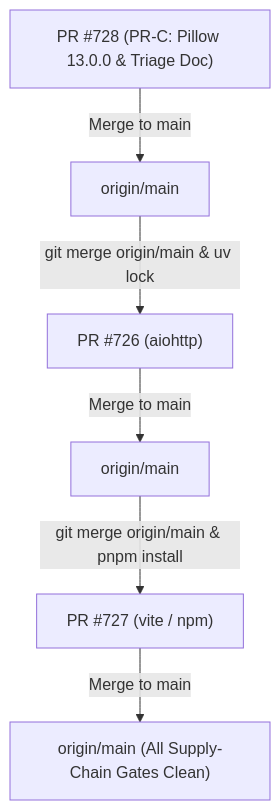
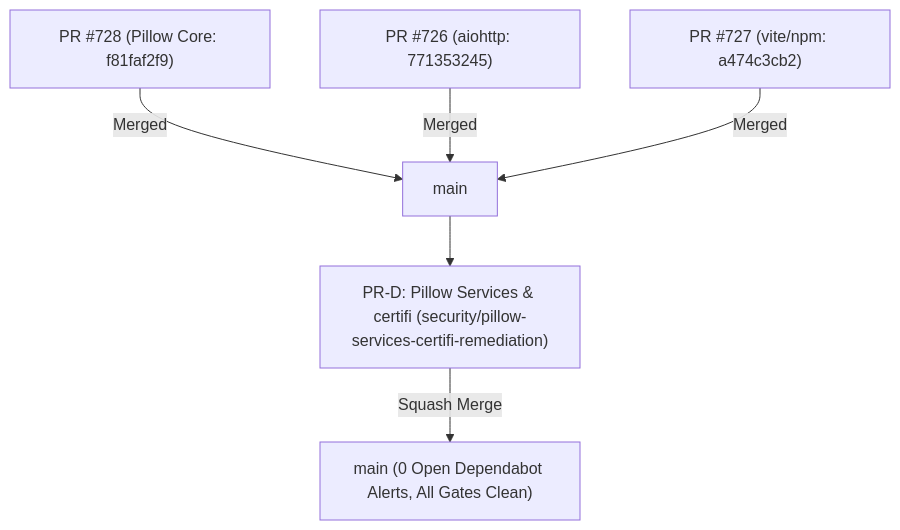
One commit to ahmdelbaz28-ux/ETAP-AI-WORK- changed the diagram in docs/security/SUPPLY-CHAIN-VULNERABILITY-TRIAGE-2026-10-21.md. Above: the diagram before and after it, drawn with Mermaid. The commit also changed other lines of this file and 4 other files, not shown here.

Commit message:
security(deps): remediate auxiliary services Pillow (23 alerts) and certifi (GHSA-6q48-6c7w-9gw2)

````diff
--- a/docs/security/SUPPLY-CHAIN-VULNERABILITY-TRIAGE-2026-10-21.md
+++ b/docs/security/SUPPLY-CHAIN-VULNERABILITY-TRIAGE-2026-10-21.md
@@ -122,8 +142,8 @@
 ```mermaid
 graph TD
-    A["PR #728 (PR-C: Pillow 13.0.0 & Triage Doc)"] -->|Merge to main| B["origin/main"]
-    B -->|git merge origin/main & uv lock| C["PR #726 (aiohttp)"]
-    C -->|Merge to main| D["origin/main"]
-    D -->|git merge origin/main & pnpm install| E["PR #727 (vite / npm)"]
-    E -->|Merge to main| F["origin/main (All Supply-Chain Gates Clean)"]
+    A["PR #728 (Pillow Core: f81faf2f9)"] -->|Merged| M["main"]
+    B["PR #726 (aiohttp: 771353245)"] -->|Merged| M
+    C["PR #727 (vite/npm: a474c3cb2)"] -->|Merged| M
+    M --> D["PR-D: Pillow Services & certifi (security/pillow-services-certifi-remediation)"]
+    D -->|Squash Merge| E["main (0 Open Dependabot Alerts, All Gates Clean)"]
 ```
````
